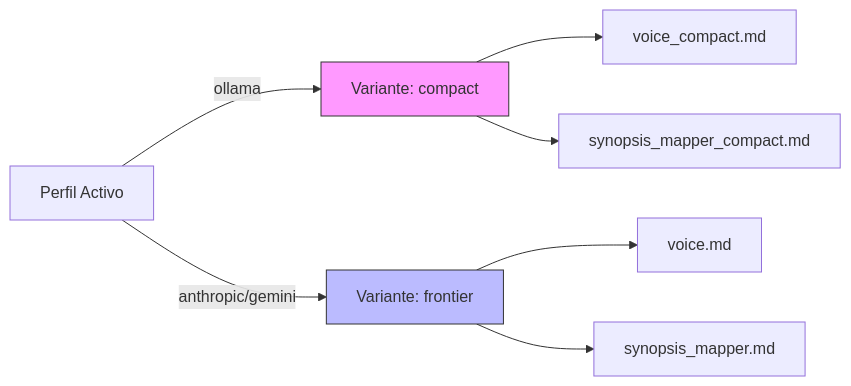
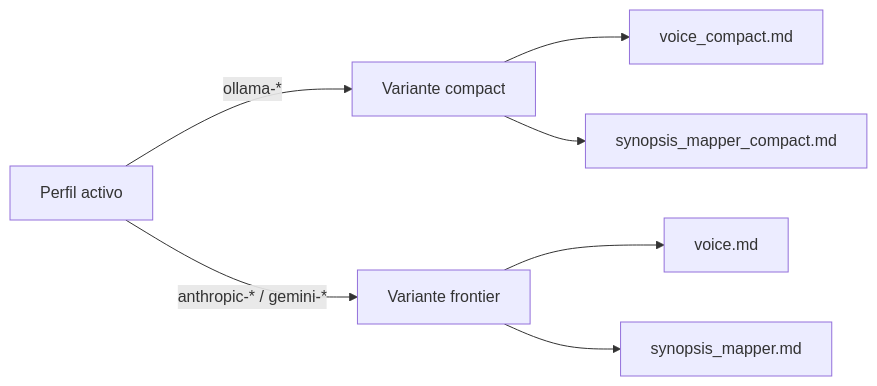
The third of 4 diagrams in README.md (rledesma912/automated_narrative), drawn with Mermaid before and after one commit. The commit also changed other lines of this file and 49 other files, not shown here.

````diff
--- a/README.md
+++ b/README.md
@@ -52,14 +112,11 @@
 ```mermaid
 flowchart LR
-    P[Perfil Activo] -->|ollama| C[Variante: compact]
-    P -->|anthropic/gemini| F[Variante: frontier]
-    
+    P[Perfil activo] -->|ollama-*| C[Variante compact]
+    P -->|anthropic-* / gemini-*| F[Variante frontier]
+
     C --> C1[voice_compact.md]
     C --> C2[synopsis_mapper_compact.md]
-    
+
     F --> F1[voice.md]
     F --> F2[synopsis_mapper.md]
-    
-    style C fill:#f9f,stroke:#333
-    style F fill:#bbf,stroke:#333
 ```
````
